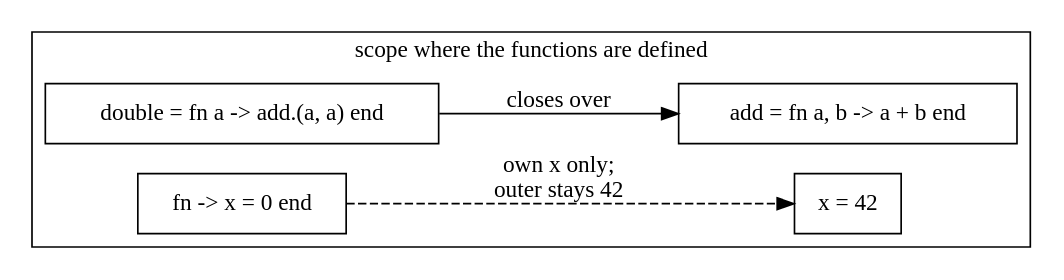
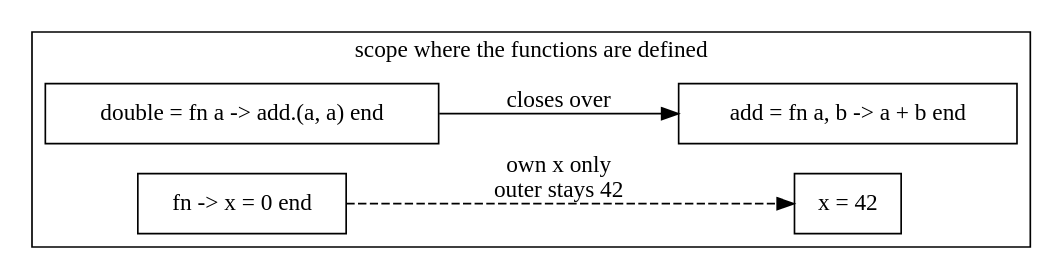
One commit to danceinthefake/visualixir changed the diagram in docs/diagrams/anonymous-functions/closure.dot. Above: the diagram before and after it, drawn with Graphviz. The commit also changed 59 other files, not shown here.

First line of the commit message:
Apply ASD-STE100 to interface text and diagram labels

```diff
--- a/docs/diagrams/anonymous-functions/closure.dot
+++ b/docs/diagrams/anonymous-functions/closure.dot
@@ -1,13 +1,13 @@
 digraph closure {
   rankdir=LR
   node [shape=box]
   subgraph cluster_env {
     label="scope where the functions are defined"
     add [label="add = fn a, b -> a + b end"]
     x   [label="x = 42"]
     double [label="double = fn a -> add.(a, a) end" class=hl]
     setx [label="fn -> x = 0 end" class=hl]
     double -> add [label=" closes over"]
-    setx -> x [label=" own x only;\n outer stays 42" class=bad style=dashed]
+    setx -> x [label=" own x only\n outer stays 42" class=bad style=dashed]
   }
 }
```
